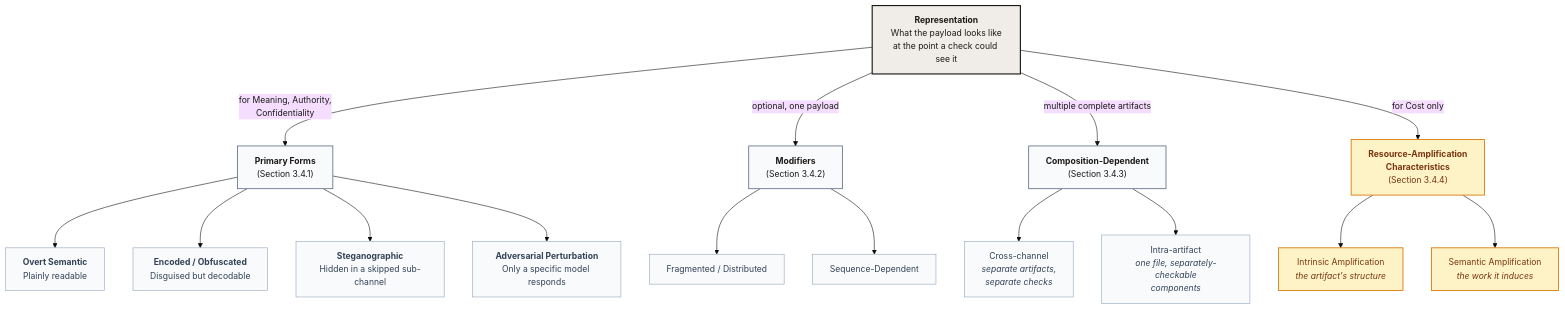
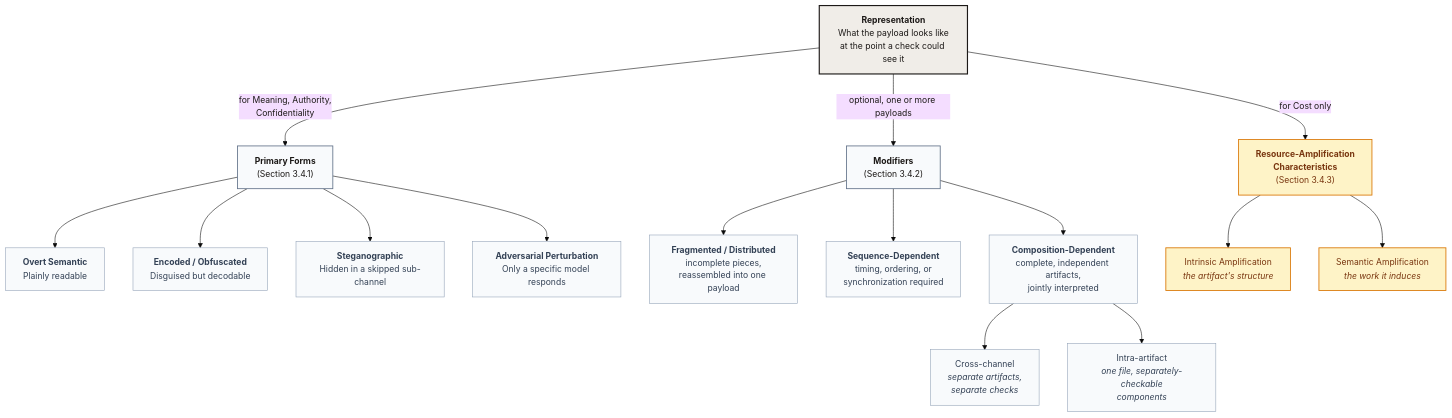
Diagram 14 of 26 in whitepapers/modality_agnostic_taxonomy.md (cosai-oasis/ws4-secure-design-agentic-systems), drawn with Mermaid before and after one commit. The commit also changed other lines of this file, not shown here.

Commit message:
docs: merging composition dependent in modifier, expanding the definition of modifier

````diff
--- a/whitepapers/modality_agnostic_taxonomy.md
+++ b/whitepapers/modality_agnostic_taxonomy.md
@@ -721,35 +721,35 @@
 ```mermaid
 %%{init: {"theme": "base", "flowchart": {"nodeSpacing": 50, "rankSpacing": 70, "htmlLabels": true}, "themeVariables": {"fontSize": "15px"}}}%%
 flowchart TD
     ROOT["<b>Representation</b><br/>What the payload looks like<br/>at the point a check could see it"]
 
     ROOT -- "for Meaning, Authority,<br/>Confidentiality" --> FORMS["<b>Primary Forms</b><br/>(Section 3.4.1)"]
-    ROOT -- "optional, one payload" --> MODS["<b>Modifiers</b><br/>(Section 3.4.2)"]
-    ROOT -- "multiple complete artifacts" --> COMP["<b>Composition-Dependent</b><br/>(Section 3.4.3)"]
-    ROOT -- "for Cost only" --> AMP["<b>Resource-Amplification<br/>Characteristics</b><br/>(Section 3.4.4)"]
+    ROOT -- "optional, one or more payloads" --> MODS["<b>Modifiers</b><br/>(Section 3.4.2)"]
+    ROOT -- "for Cost only" --> AMP["<b>Resource-Amplification<br/>Characteristics</b><br/>(Section 3.4.3)"]
 
     FORMS --> OS["<b>Overt Semantic</b><br/>Plainly readable"]
     FORMS --> EO["<b>Encoded / Obfuscated</b><br/>Disguised but decodable"]
     FORMS --> ST["<b>Steganographic</b><br/>Hidden in a skipped sub-channel"]
     FORMS --> AP["<b>Adversarial Perturbation</b><br/>Only a specific model responds"]
 
-    MODS --> FR["Fragmented / Distributed"]
-    MODS --> SD["Sequence-Dependent"]
+    MODS --> FR["<b>Fragmented / Distributed</b><br/>incomplete pieces,<br/>reassembled into one payload"]
+    MODS --> SD["<b>Sequence-Dependent</b><br/>timing, ordering, or<br/>synchronization required"]
+    MODS --> CD["<b>Composition-Dependent</b><br/>complete, independent artifacts,<br/>jointly interpreted"]
 
-    COMP --> CC["Cross-channel<br/><i>separate artifacts,<br/>separate checks</i>"]
-    COMP --> IAF["Intra-artifact<br/><i>one file, separately-checkable<br/>components</i>"]
+    CD --> CC["Cross-channel<br/><i>separate artifacts,<br/>separate checks</i>"]
+    CD --> IAF["Intra-artifact<br/><i>one file, separately-checkable<br/>components</i>"]
 
     AMP --> IA["Intrinsic Amplification<br/><i>the artifact's structure</i>"]
     AMP --> SA["Semantic Amplification<br/><i>the work it induces</i>"]
 
     classDef root fill:#f0ede8,stroke:#1c1917,stroke-width:2px,color:#1c1917
     classDef branch fill:#f8fafc,stroke:#64748b,stroke-width:1.5px,color:#1c1917
     classDef rep fill:#f8fafc,stroke:#94a3b8,stroke-width:1px,color:#334155
     classDef cost fill:#fef3c7,stroke:#d97706,stroke-width:1.5px,color:#78350f
 
     class ROOT root
-    class FORMS,MODS,COMP branch
+    class FORMS,MODS branch
     class AMP cost
-    class OS,EO,ST,AP,FR,SD,CC,IAF rep
+    class OS,EO,ST,AP,FR,SD,CD,CC,IAF rep
     class IA,SA cost
 ```
````
